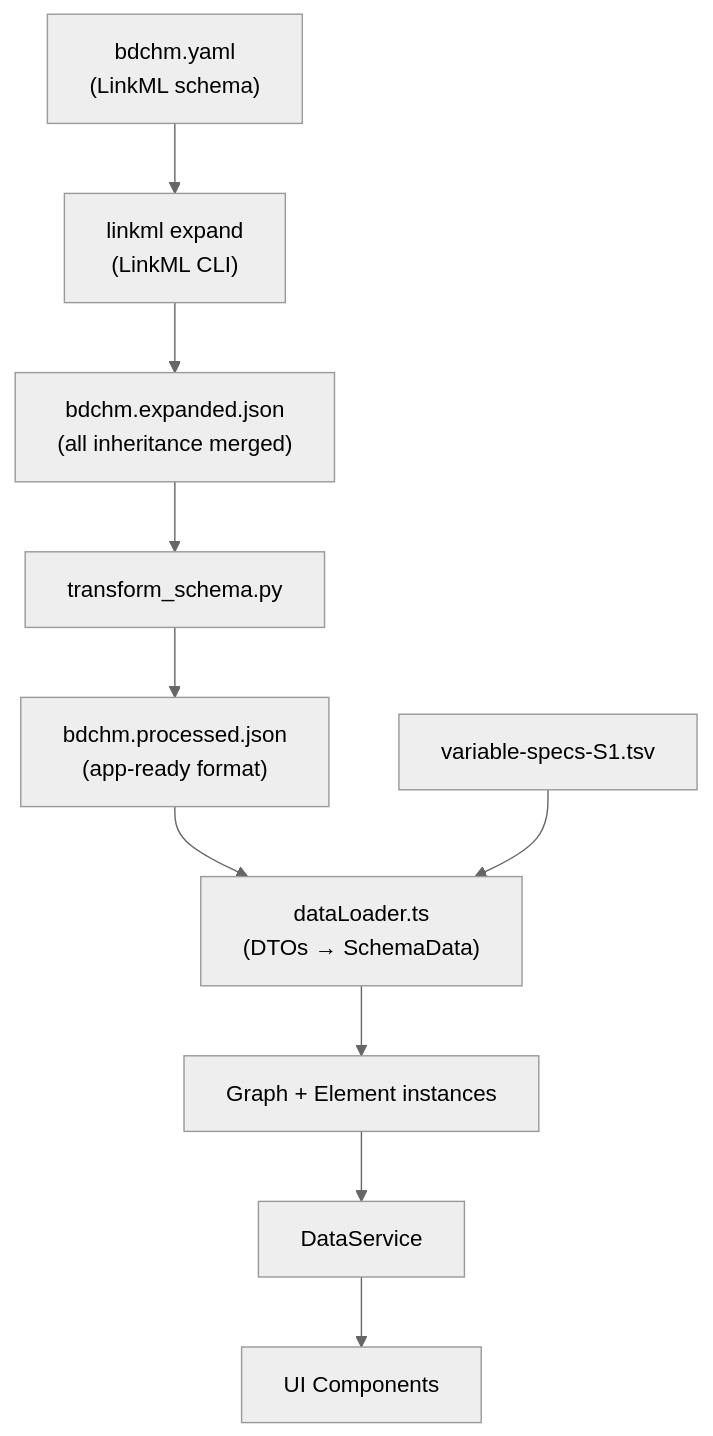
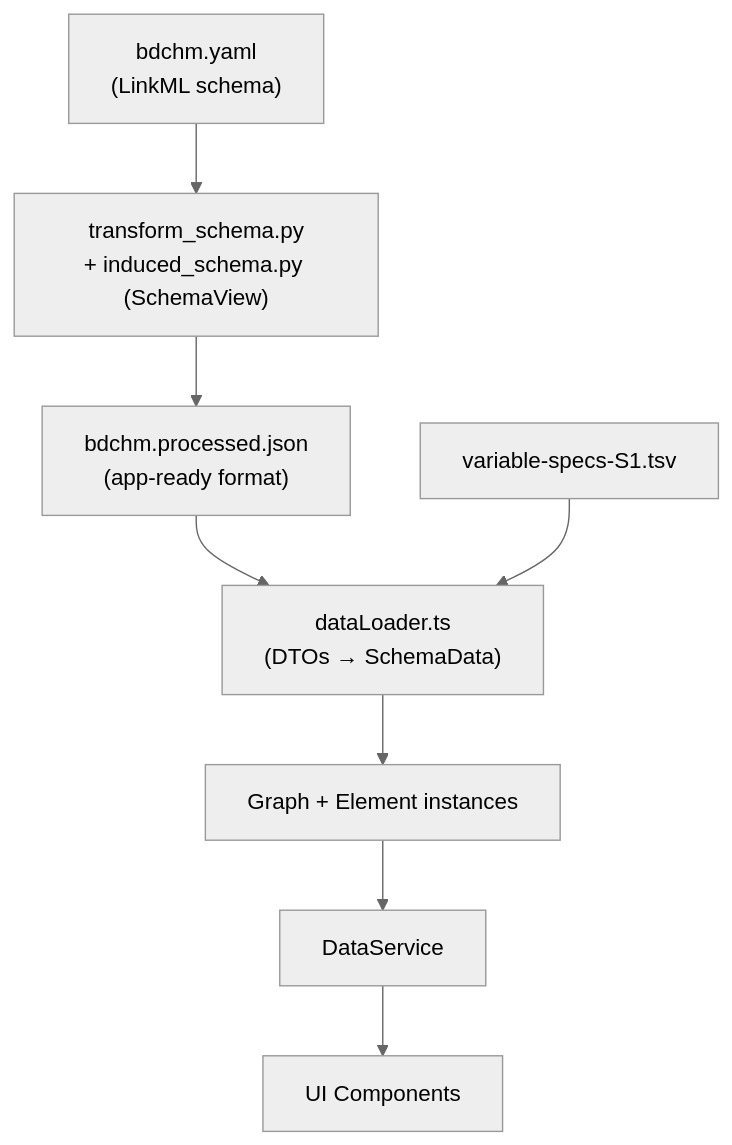
The diagram in docs/ARCHITECTURE.md (Sigfried/dynamic-model-var-docs), drawn with Mermaid (neutral theme) before and after one commit. The commit also changed other lines of this file and 3 other files, not shown here.

````diff
--- a/docs/ARCHITECTURE.md
+++ b/docs/ARCHITECTURE.md
@@ -54,18 +57,16 @@
 ```mermaid
 graph TD
     YAML["bdchm.yaml<br/>(LinkML schema)"]
-    EXPAND["linkml expand<br/>(LinkML CLI)"]
-    EXPANDED["bdchm.expanded.json<br/>(all inheritance merged)"]
-    TRANSFORM["transform_schema.py"]
+    TRANSFORM["transform_schema.py<br/>+ induced_schema.py (SchemaView)"]
     PROCESSED["bdchm.processed.json<br/>(app-ready format)"]
     TSV["variable-specs-S1.tsv"]
     LOADER["dataLoader.ts<br/>(DTOs → SchemaData)"]
     GRAPH["Graph + Element instances"]
     SERVICE["DataService"]
     UI["UI Components"]
 
-    YAML --> EXPAND --> EXPANDED --> TRANSFORM --> PROCESSED
+    YAML --> TRANSFORM --> PROCESSED
     PROCESSED --> LOADER
     TSV --> LOADER
     LOADER --> GRAPH --> SERVICE --> UI
 ```
````
